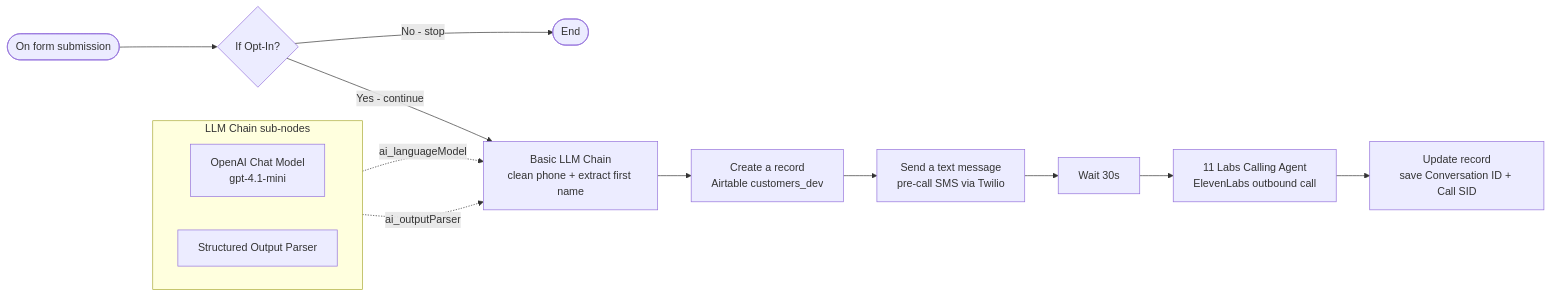
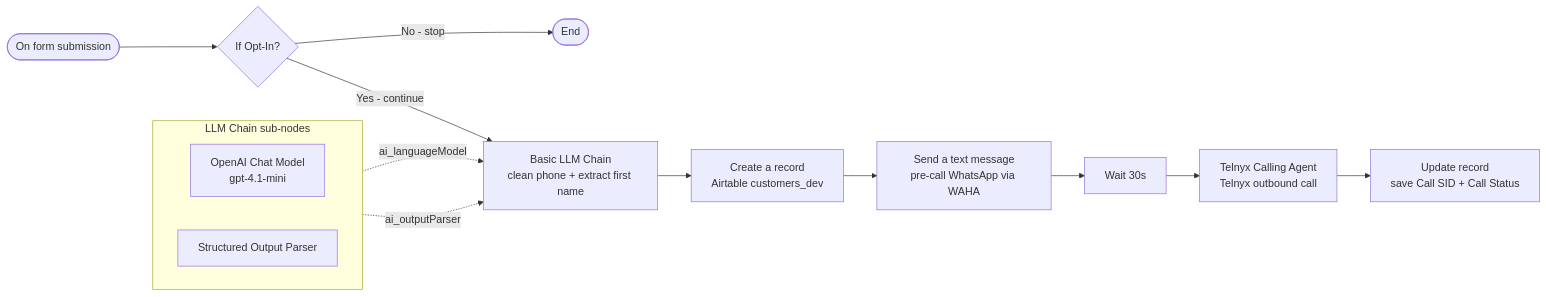
Before and after one commit to kameni-immo/kameni-n8n-automation: the first of 2 diagrams in docs/phone-call-flow.md, drawn with Mermaid. The commit also changed other lines of this file and 10 other files, not shown here.

First line of the commit message:
feat(KAN-35): migrate phone channel from ElevenLabs to Telnyx AI

````diff
--- a/docs/phone-call-flow.md
+++ b/docs/phone-call-flow.md
@@ -56,19 +56,19 @@
 ```mermaid
 flowchart LR
     FRM(["On form submission"]) --> OPT{"If Opt-In?"}
     OPT -->|"No - stop"| STOP(["End"])
     OPT -->|"Yes - continue"| LLM["Basic LLM Chain<br/>clean phone + extract first name"]
     LLM --> CRE["Create a record<br/>Airtable customers_dev"]
-    CRE --> SMS["Send a text message<br/>pre-call SMS via Twilio"]
+    CRE --> SMS["Send a text message<br/>pre-call WhatsApp via WAHA"]
     SMS --> WT["Wait 30s"]
-    WT --> EL["11 Labs Calling Agent<br/>ElevenLabs outbound call"]
-    EL --> UPD["Update record<br/>save Conversation ID + Call SID"]
+    WT --> TL["Telnyx Calling Agent<br/>Telnyx outbound call"]
+    TL --> UPD["Update record<br/>save Call SID + Call Status"]
 
     subgraph ai1 ["LLM Chain sub-nodes"]
         direction LR
         OAI["OpenAI Chat Model<br/>gpt-4.1-mini"]
         SOP["Structured Output Parser"]
     end
     OAI -.->|"ai_languageModel"| LLM
     SOP -.->|"ai_outputParser"| LLM
 ```
````
